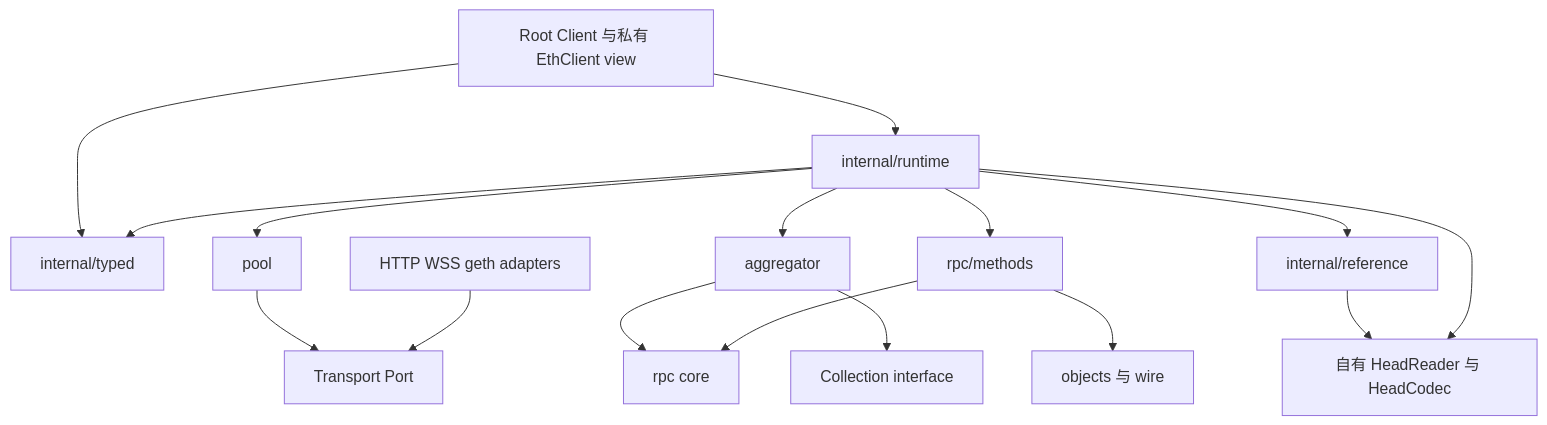
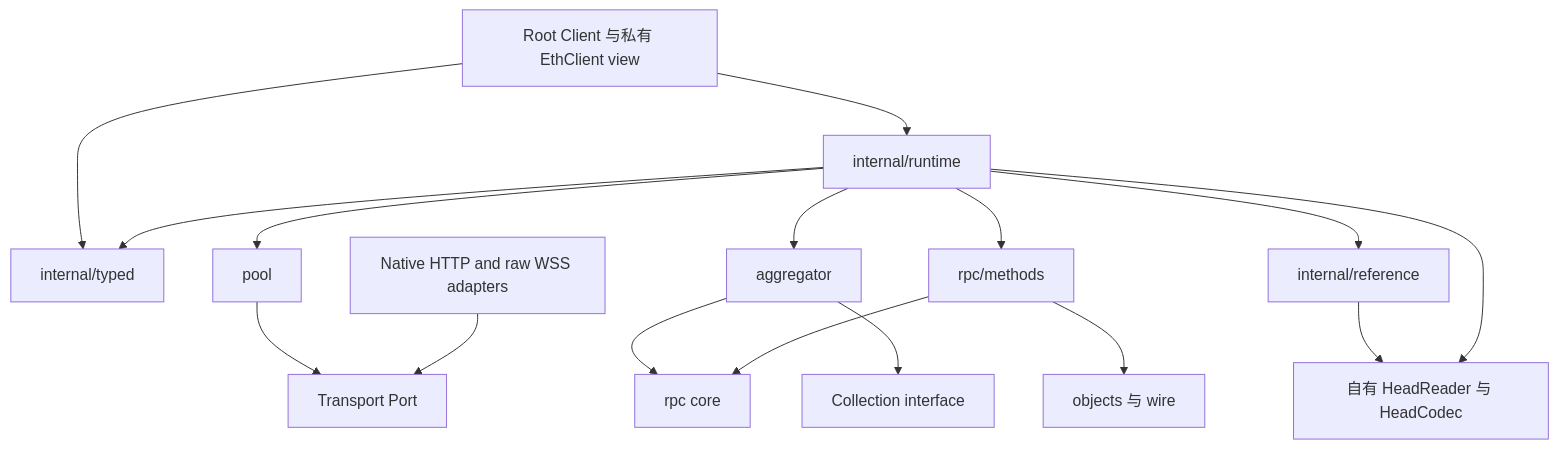
The first of 2 diagrams in docs/design/codebase-topology.md (codermaybe/ethguard), drawn with Mermaid before and after one commit. The commit also changed other lines of this file and 286 other files, not shown here.

````diff
--- a/docs/design/codebase-topology.md
+++ b/docs/design/codebase-topology.md
@@ -45,18 +45,18 @@
 ```mermaid
 flowchart TD
     Facade[Root Client 与私有 EthClient view] --> Runtime[internal/runtime]
     Facade --> Typed[internal/typed]
     Runtime --> Pool[pool]
     Runtime --> Aggregator[aggregator]
     Runtime --> Methods[rpc/methods]
     Runtime --> Reference[internal/reference]
     Runtime --> Typed
     Aggregator --> RPC[rpc core]
     Aggregator --> Collection[Collection interface]
     Methods --> RPC
     Methods --> Objects[objects 与 wire]
     Pool --> Port[Transport Port]
-    Adapters[HTTP WSS geth adapters] --> Port
+    Adapters[Native HTTP and raw WSS adapters] --> Port
     Reference --> HeadPorts[自有 HeadReader 与 HeadCodec]
     Runtime --> HeadPorts
 ```
````
